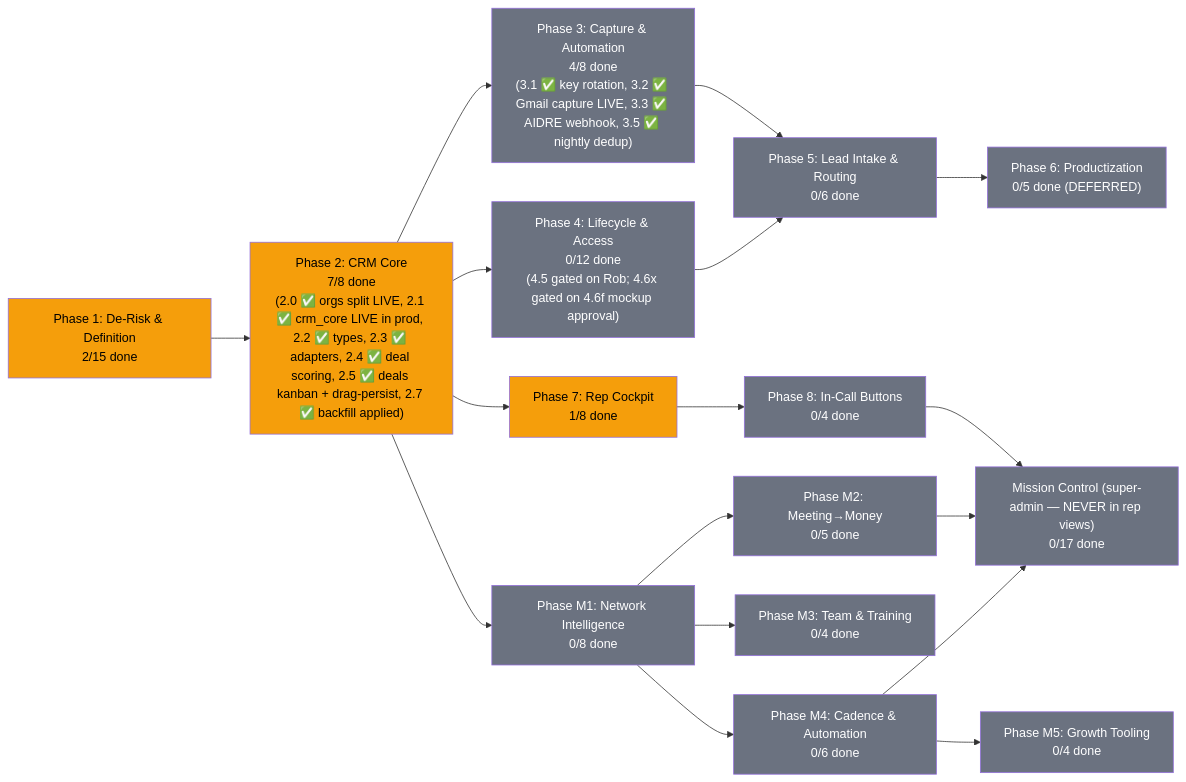
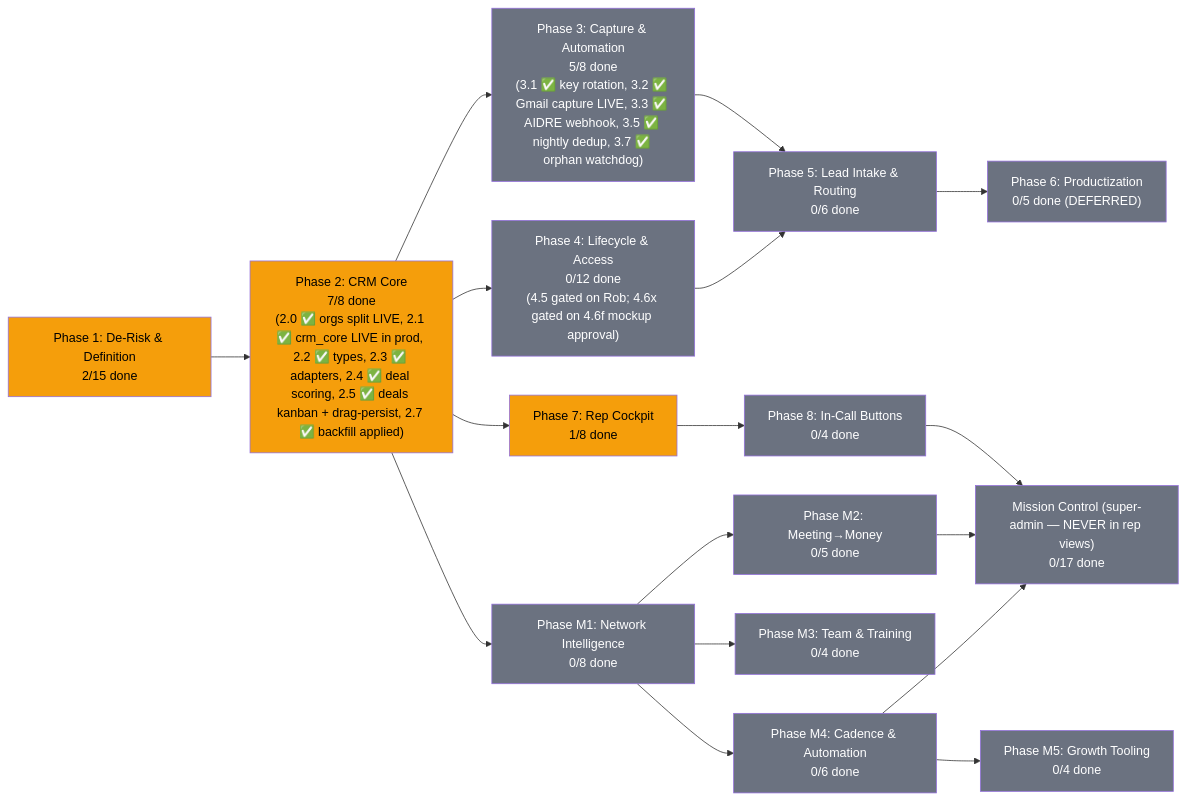
The diagram in docs/plans/PRD-mle-crm.md (blacklabelbob/mle-rob-dashboard), drawn with Mermaid before and after one commit. The commit also changed other lines of this file and 5 other files, not shown here.

````diff
--- a/docs/plans/PRD-mle-crm.md
+++ b/docs/plans/PRD-mle-crm.md
@@ -24,34 +24,34 @@
 ```mermaid
 flowchart LR
     P1["Phase 1: De-Risk & Definition<br/>2/15 done"] --> P2["Phase 2: CRM Core<br/>7/8 done<br/>(2.0 ✅ orgs split LIVE, 2.1 ✅ crm_core LIVE in prod, 2.2 ✅ types, 2.3 ✅ adapters, 2.4 ✅ deal scoring, 2.5 ✅ deals kanban + drag-persist, 2.7 ✅ backfill applied)"]
-    P2 --> P3["Phase 3: Capture & Automation<br/>4/8 done<br/>(3.1 ✅ key rotation, 3.2 ✅ Gmail capture LIVE, 3.3 ✅ AIDRE webhook, 3.5 ✅ nightly dedup)"]
+    P2 --> P3["Phase 3: Capture & Automation<br/>5/8 done<br/>(3.1 ✅ key rotation, 3.2 ✅ Gmail capture LIVE, 3.3 ✅ AIDRE webhook, 3.5 ✅ nightly dedup, 3.7 ✅ orphan watchdog)"]
     P2 --> P4["Phase 4: Lifecycle & Access<br/>0/12 done<br/>(4.5 gated on Rob; 4.6x gated on 4.6f mockup approval)"]
     P2 --> P7["Phase 7: Rep Cockpit<br/>1/8 done"]
     P7 --> P8["Phase 8: In-Call Buttons<br/>0/4 done"]
     P3 --> P5["Phase 5: Lead Intake & Routing<br/>0/6 done"]
     P4 --> P5
     P5 --> P6["Phase 6: Productization<br/>0/5 done (DEFERRED)"]
     P2 --> M1["Phase M1: Network Intelligence<br/>0/8 done"]
     M1 --> M2["Phase M2: Meeting→Money<br/>0/5 done"]
     M1 --> M3["Phase M3: Team & Training<br/>0/4 done"]
     M1 --> M4["Phase M4: Cadence & Automation<br/>0/6 done"]
     M4 --> M5["Phase M5: Growth Tooling<br/>0/4 done"]
     P8 --> MC["Mission Control (super-admin — NEVER in rep views)<br/>0/17 done"]
     M2 --> MC
     M4 --> MC
 
     style P1 fill:#f59e0b,color:#000
     style P2 fill:#f59e0b,color:#000
     style P3 fill:#6b7280,color:#fff
     style P4 fill:#6b7280,color:#fff
     style P5 fill:#6b7280,color:#fff
     style P6 fill:#6b7280,color:#fff
     style P7 fill:#f59e0b,color:#000
     style P8 fill:#6b7280,color:#fff
     style M1 fill:#6b7280,color:#fff
     style M2 fill:#6b7280,color:#fff
     style M3 fill:#6b7280,color:#fff
     style M4 fill:#6b7280,color:#fff
     style M5 fill:#6b7280,color:#fff
     style MC fill:#6b7280,color:#fff
 ```
````
